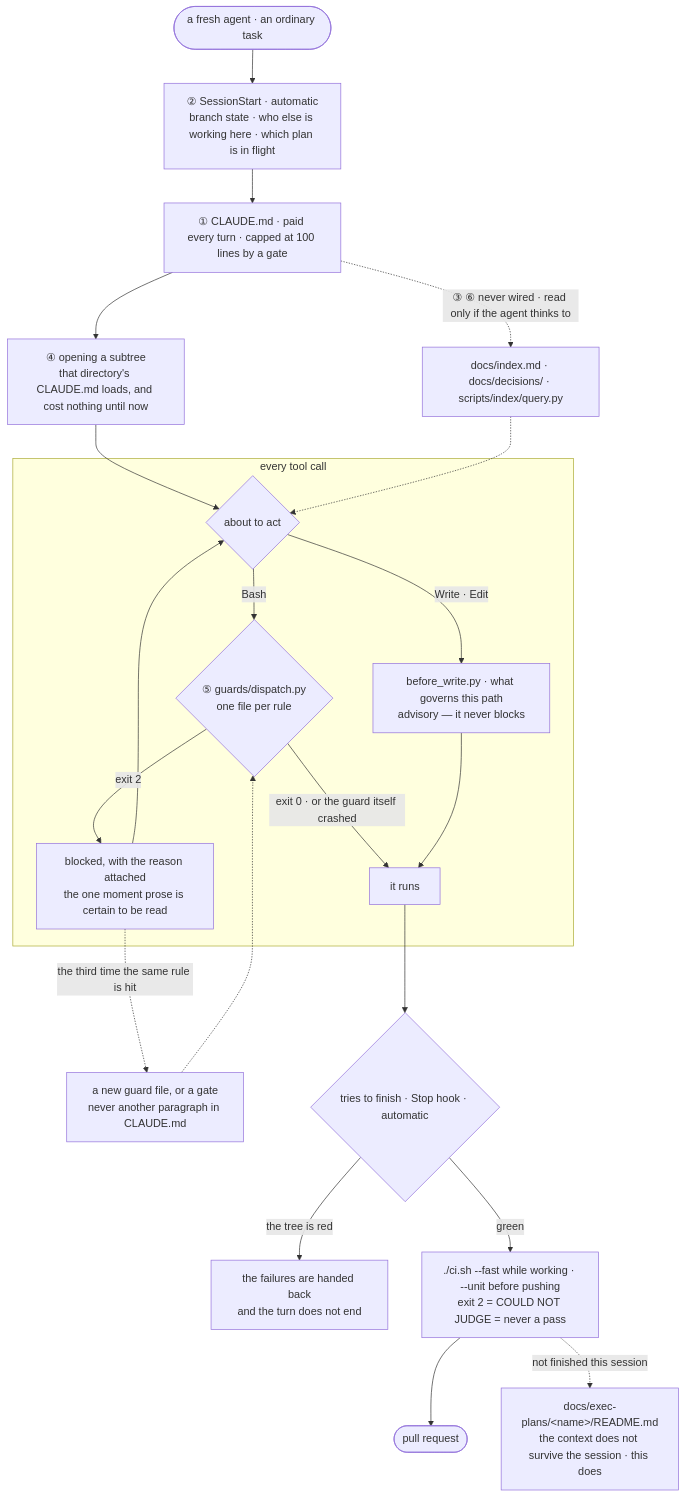
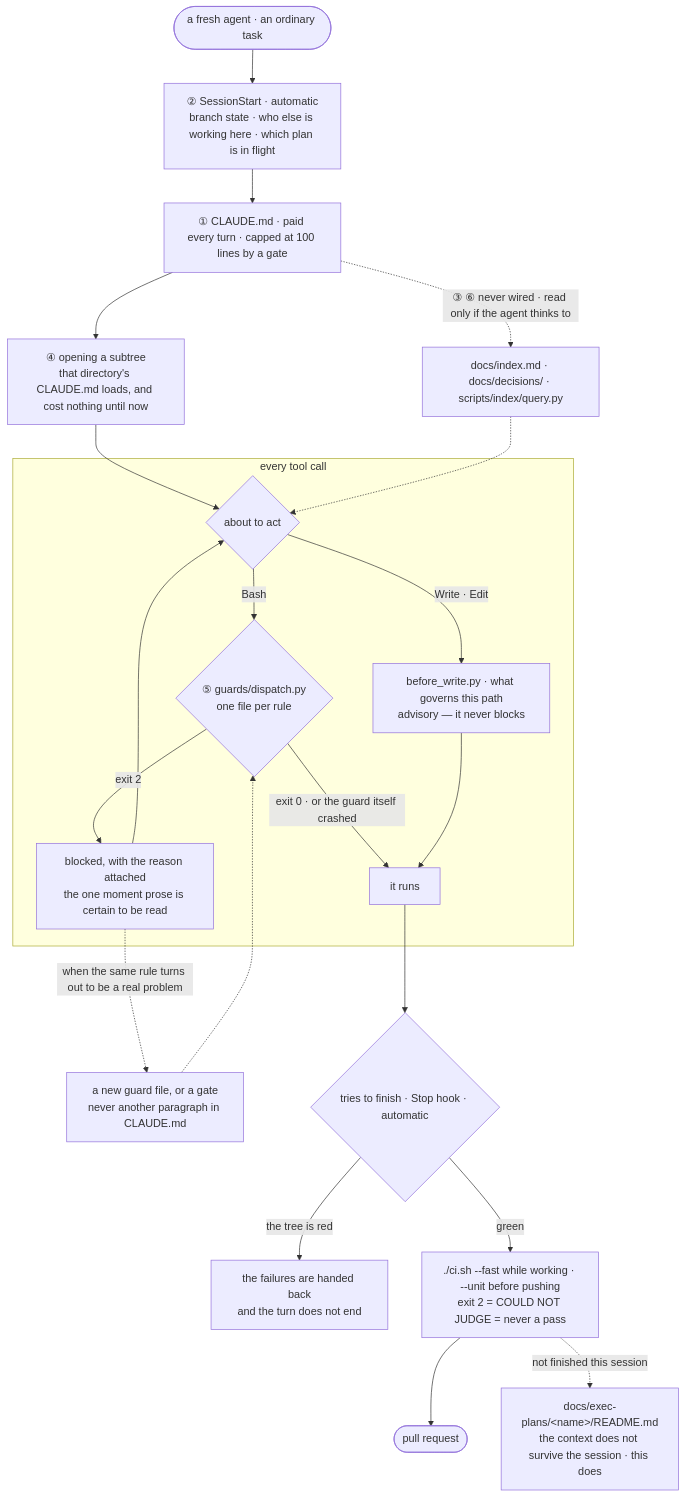
The second of 2 diagrams in README.md (WangChangxin0809/cc-repo-harness), drawn with Mermaid before and after one commit. The commit also changed other lines of this file and 10 other files, not shown here.

First line of the commit message:
revert: nothing counts how often a rule is hit (#31)

````diff
--- a/README.md
+++ b/README.md
@@ -232,30 +231,30 @@
 ```mermaid
 flowchart TD
     S(["a fresh agent · an ordinary task"])
     S --> M2["② SessionStart · automatic<br/>branch state · who else is working here · which plan is in flight"]
     M2 --> M1["① CLAUDE.md · paid every turn · capped at 100 lines by a gate"]
     M1 --> M4["④ opening a subtree<br/>that directory's CLAUDE.md loads, and cost nothing until now"]
 
     subgraph TC ["every tool call"]
         ACT{"about to act"}
         ACT -->|"Write · Edit"| ADV["before_write.py · what governs this path<br/>advisory — it never blocks"]
         ACT -->|"Bash"| G{"⑤ guards/dispatch.py<br/>one file per rule"}
         G -->|"exit 0 · or the guard itself crashed"| RUN["it runs"]
         G -->|"exit 2"| WHY["blocked, with the reason attached<br/>the one moment prose is certain to be read"]
         ADV --> RUN
         WHY --> ACT
     end
 
     M4 --> ACT
-    WHY -.->|"the third time the same rule is hit"| GROW["a new guard file, or a gate<br/>never another paragraph in CLAUDE.md"]
+    WHY -.->|"when the same rule turns out to be a real problem"| GROW["a new guard file, or a gate<br/>never another paragraph in CLAUDE.md"]
     GROW -.-> G
 
     M1 -.->|"③ ⑥ never wired · read only if the agent thinks to"| OD["docs/index.md · docs/decisions/ · scripts/index/query.py"]
     OD -.-> ACT
 
     RUN --> STOP{"tries to finish · Stop hook · automatic"}
     STOP -->|"the tree is red"| BACK["the failures are handed back<br/>and the turn does not end"]
     STOP -->|"green"| CI["./ci.sh --fast while working · --unit before pushing<br/>exit 2 = COULD NOT JUDGE = never a pass"]
     CI --> PR(["pull request"])
     CI -.->|"not finished this session"| PLAN["docs/exec-plans/&lt;name&gt;/README.md<br/>the context does not survive the session · this does"]
 ```
````
